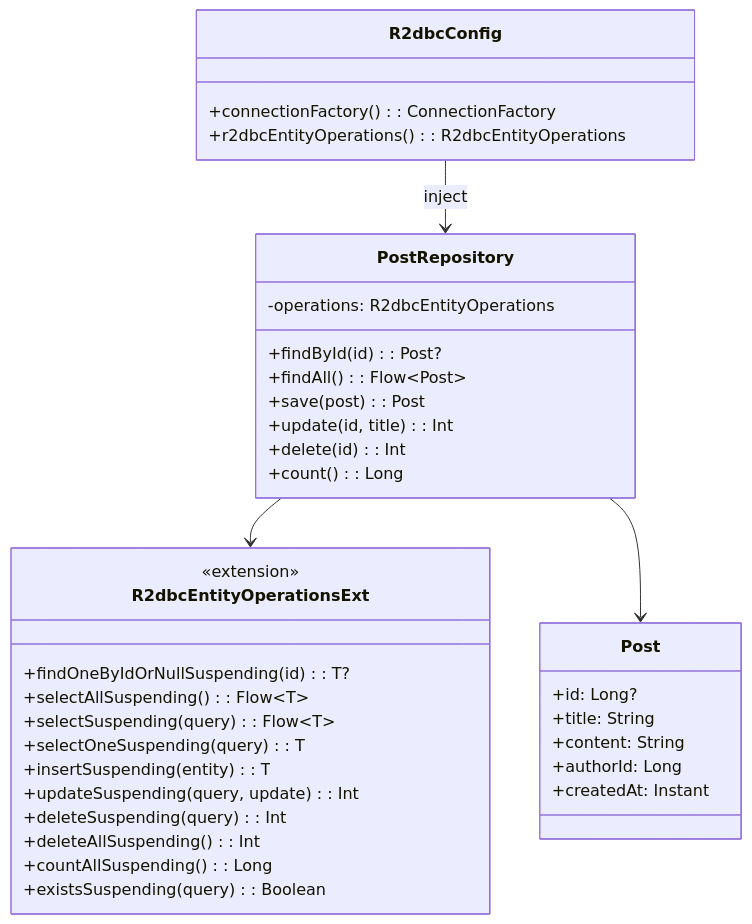
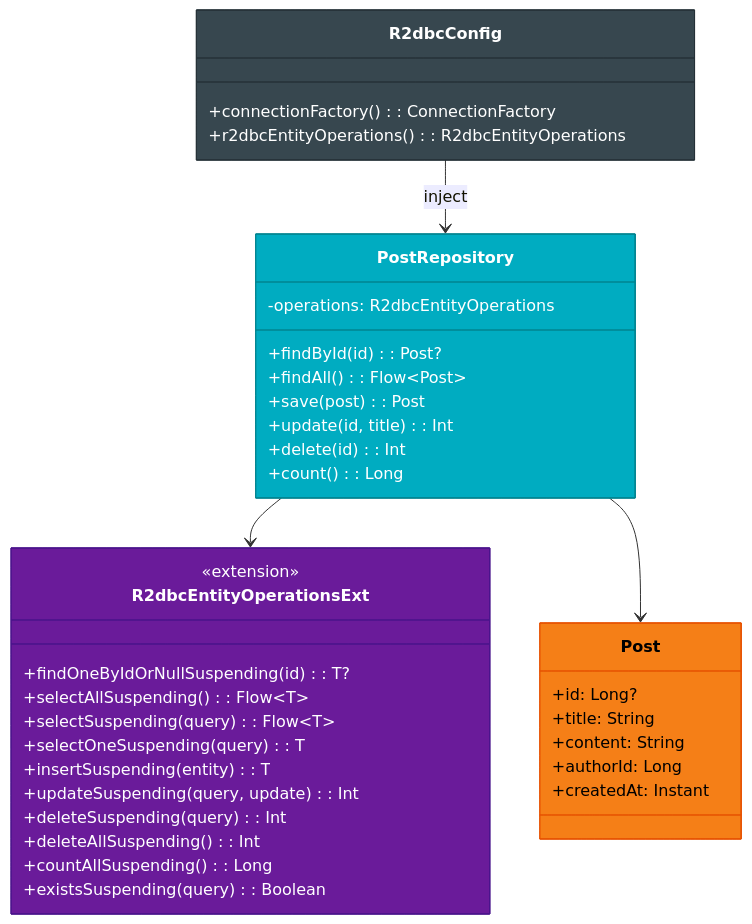
The first of 4 diagrams in spring-boot4/r2dbc/README.ko.md (bluetape4k/bluetape4k-projects), drawn with Mermaid before and after one commit. The commit also changed other lines of this file and 221 other files, not shown here.

First line of the commit message:
docs: 전체 모듈 README UML 다이어그램 보강 및 색상 업그레이드

````diff
--- a/spring-boot4/r2dbc/README.ko.md
+++ b/spring-boot4/r2dbc/README.ko.md
@@ -118,40 +118,45 @@
 ```mermaid
 classDiagram
     class PostRepository {
         -operations: R2dbcEntityOperations
         +findById(id): Post?
         +findAll(): Flow~Post~
         +save(post): Post
         +update(id, title): Int
         +delete(id): Int
         +count(): Long
     }
     class R2dbcEntityOperationsExt {
         <<extension>>
         +findOneByIdOrNullSuspending(id): T?
         +selectAllSuspending(): Flow~T~
         +selectSuspending(query): Flow~T~
         +selectOneSuspending(query): T
         +insertSuspending(entity): T
         +updateSuspending(query, update): Int
         +deleteSuspending(query): Int
         +deleteAllSuspending(): Int
         +countAllSuspending(): Long
         +existsSuspending(query): Boolean
     }
     class Post {
         +id: Long?
         +title: String
         +content: String
         +authorId: Long
         +createdAt: Instant
     }
     class R2dbcConfig {
         +connectionFactory(): ConnectionFactory
         +r2dbcEntityOperations(): R2dbcEntityOperations
     }
 
     PostRepository --> R2dbcEntityOperationsExt
     PostRepository --> Post
     R2dbcConfig --> PostRepository : inject
+
+    style PostRepository fill:#00ACC1,stroke:#00838F,color:#FFFFFF
+    style R2dbcEntityOperationsExt fill:#6A1B9A,stroke:#4A148C,color:#FFFFFF
+    style Post fill:#F57F17,stroke:#E65100,color:#000000
+    style R2dbcConfig fill:#37474F,stroke:#263238,color:#FFFFFF
 ```
````
